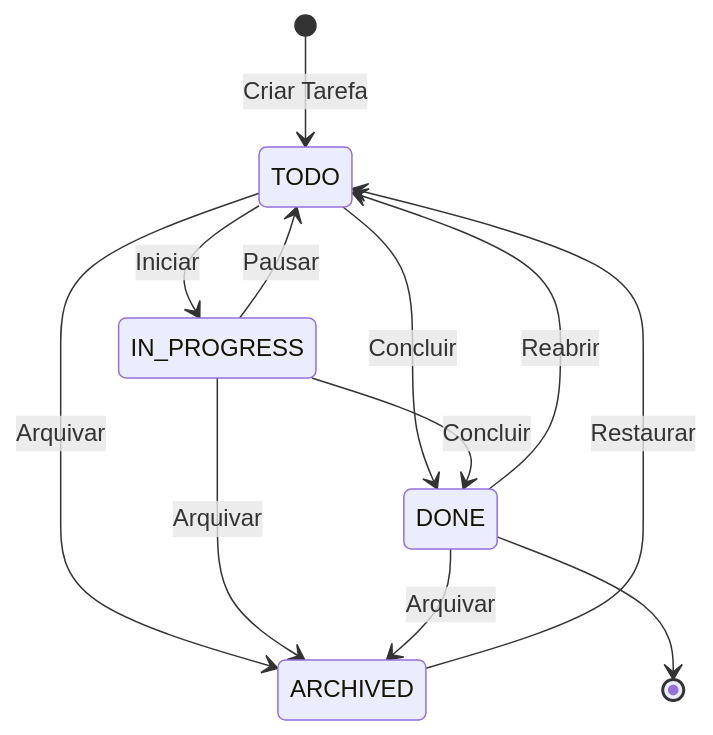
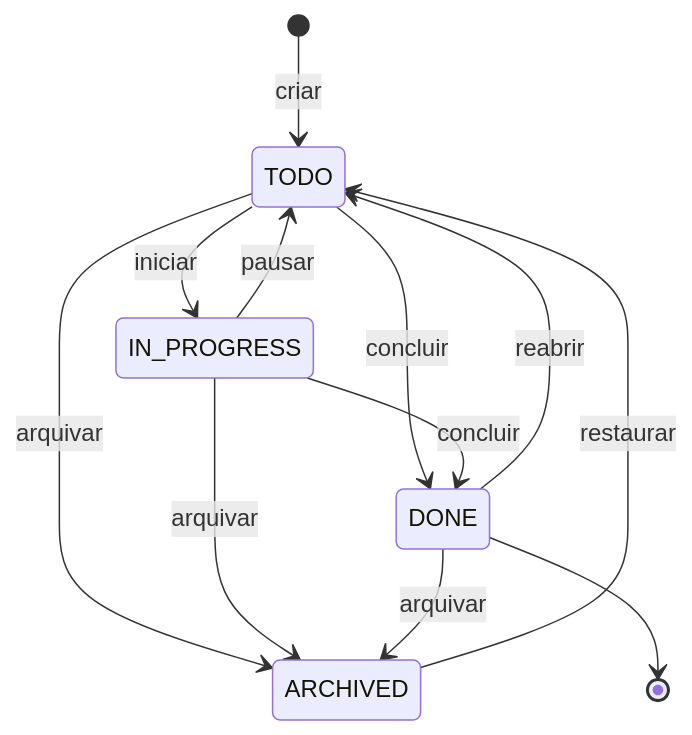
The ninth of 15 diagrams in BOOK.pt-BR.md (felipefontoura/spec-driven-development-book), drawn with Mermaid before and after one commit. The commit also changed other lines of this file and 4 other files, not shown here.

````diff
--- a/BOOK.pt-BR.md
+++ b/BOOK.pt-BR.md
@@ -1482,19 +1940,14 @@
 ```mermaid
 stateDiagram-v2
-    [*] --> TODO: Criar Tarefa
-
-    TODO --> IN_PROGRESS: Iniciar
-    TODO --> DONE: Concluir
-    TODO --> ARCHIVED: Arquivar
-
-    IN_PROGRESS --> TODO: Pausar
-    IN_PROGRESS --> DONE: Concluir
-    IN_PROGRESS --> ARCHIVED: Arquivar
-
-    DONE --> TODO: Reabrir
-    DONE --> ARCHIVED: Arquivar
-
-    ARCHIVED --> TODO: Restaurar
-
+    [*] --> TODO: criar
+    TODO --> IN_PROGRESS: iniciar
+    TODO --> DONE: concluir
+    IN_PROGRESS --> TODO: pausar
+    IN_PROGRESS --> DONE: concluir
+    DONE --> TODO: reabrir
+    TODO --> ARCHIVED: arquivar
+    IN_PROGRESS --> ARCHIVED: arquivar
+    DONE --> ARCHIVED: arquivar
+    ARCHIVED --> TODO: restaurar
     DONE --> [*]
 ```
````
